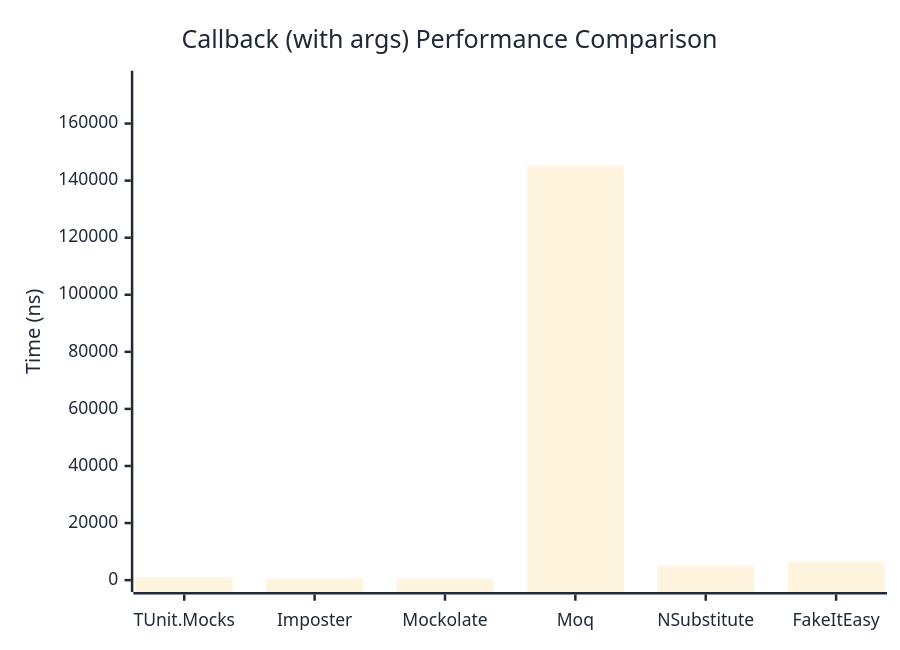
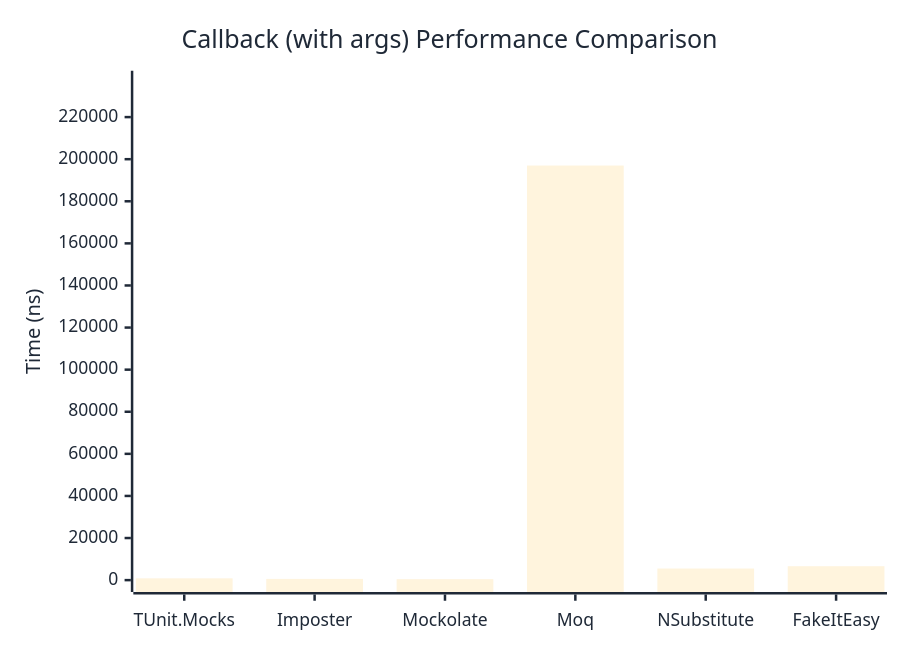
One commit to thomhurst/TUnit changed the second of 2 diagrams in docs/docs/benchmarks/mocks/Callback.md. Above: the diagram before and after it, drawn with Mermaid. The commit also changed other lines of this file and 14 other files, not shown here.

````diff
--- a/docs/docs/benchmarks/mocks/Callback.md
+++ b/docs/docs/benchmarks/mocks/Callback.md
@@ -71,27 +71,27 @@
 ```mermaid
 %%{init: {
   'theme':'base',
   'themeVariables': {
     'primaryColor': '#2563eb',
     'primaryTextColor': '#1f2937',
     'primaryBorderColor': '#1e40af',
     'lineColor': '#6b7280',
     'secondaryColor': '#7c3aed',
     'tertiaryColor': '#dc2626',
     'background': '#ffffff',
     'pie1': '#2563eb',
     'pie2': '#7c3aed',
     'pie3': '#dc2626',
     'pie4': '#f59e0b',
     'pie5': '#10b981',
     'pie6': '#06b6d4',
     'pie7': '#ec4899',
     'pie8': '#6366f1'
   }
 }}%%
 xychart-beta
   title "Callback (with args) Performance Comparison"
   x-axis ["TUnit.Mocks", "Imposter", "Mockolate", "Moq", "NSubstitute", "FakeItEasy"]
-  y-axis "Time (ns)" 0 --> 174344
-  bar [895.2, 558.6, 451.8, 145286.1, 5129.9, 6395.7]
+  y-axis "Time (ns)" 0 --> 236378
+  bar [852.5, 582.3, 456.7, 196981.5, 5503.5, 6605.3]
 ```
````
